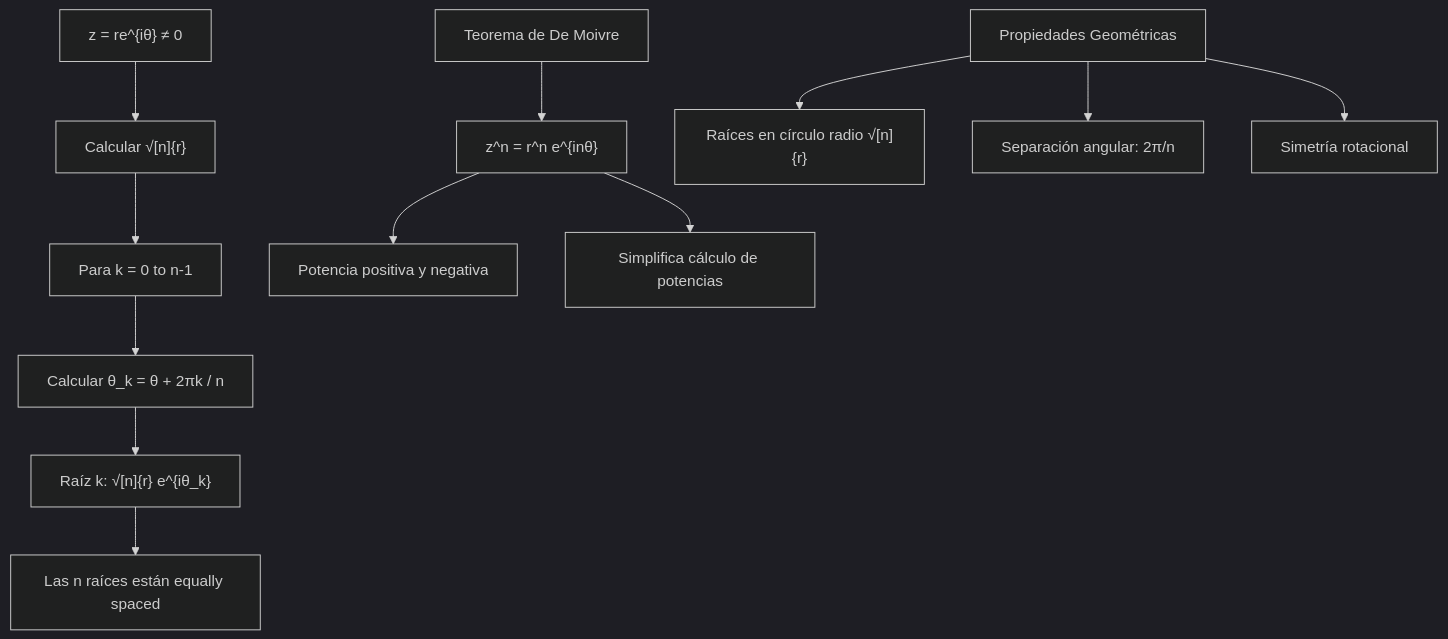
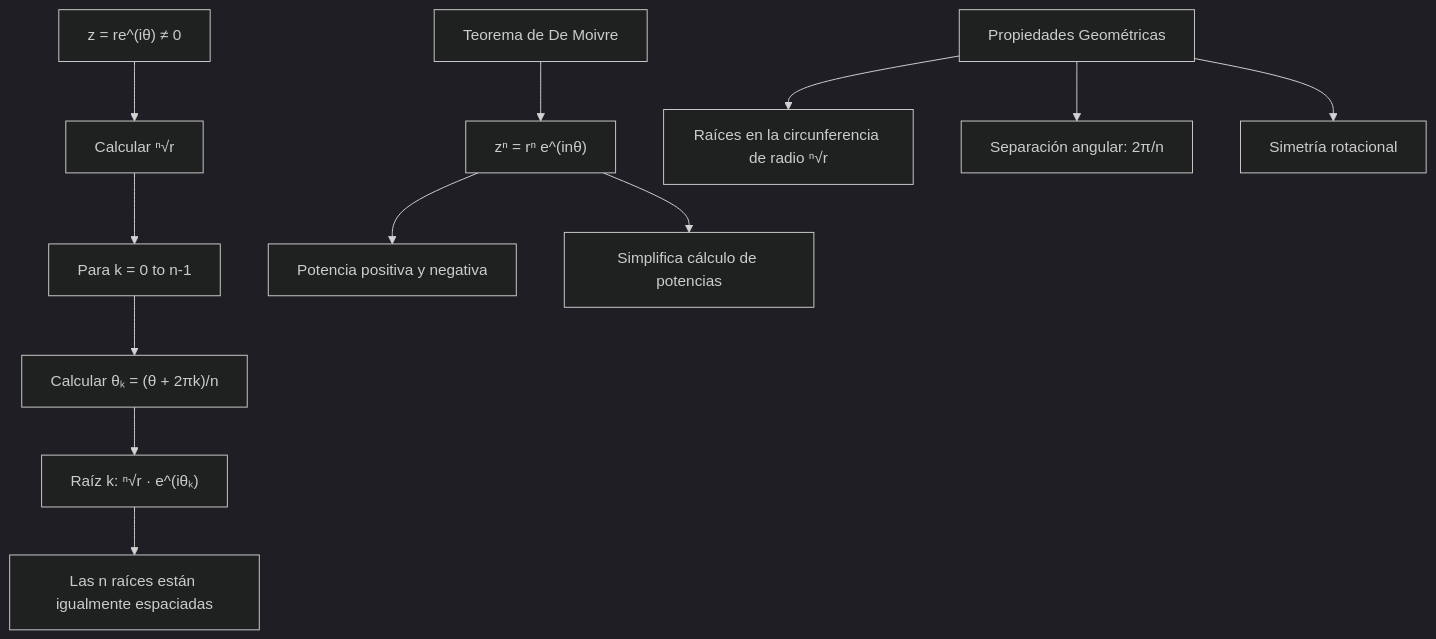
Before and after one commit to djaimej/computer-science-template: the diagram in public/documents/semester-2/1/2134.md, drawn with Mermaid (dark theme). The commit also changed other lines of this file and 21 other files, not shown here.

````diff
--- a/public/documents/semester-2/1/2134.md
+++ b/public/documents/semester-2/1/2134.md
@@ -155,20 +155,20 @@
 ```mermaid
 graph TD
-    A["z = re^{iθ} ≠ 0"] --> B["Calcular √[n]{r}"]
+    A["z = re^(iθ) ≠ 0"] --> B["Calcular ⁿ√r"]
     B --> C[Para k = 0 to n-1]
-    C --> D[Calcular θ_k = θ + 2πk / n]
-    D --> E["Raíz k: √[n]{r} e^{iθ_k}"]
-    E --> F[Las n raíces están equally spaced]
+    C --> D["Calcular θₖ = (θ + 2πk)/n"]
+    D --> E["Raíz k: ⁿ√r · e^(iθₖ)"]
+    E --> F[Las n raíces están igualmente espaciadas]
 
-    G[Teorema de De Moivre] --> H["z^n = r^n e^{inθ}"]
+    G[Teorema de De Moivre] --> H["zⁿ = rⁿ e^(inθ)"]
     H --> I[Potencia positiva y negativa]
     H --> J[Simplifica cálculo de potencias]
 
-    K[Propiedades Geométricas] --> L["Raíces en círculo radio √[n]{r}"]
+    K[Propiedades Geométricas] --> L["Raíces en la circunferencia de radio ⁿ√r"]
     K --> M[Separación angular: 2π/n]
     K --> N[Simetría rotacional]
 
     A:::purple
     F:::blue
     J:::red
 ```
````
